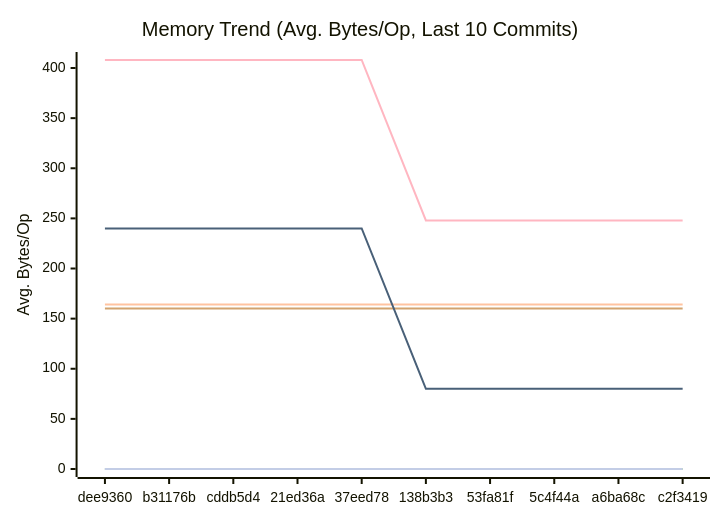
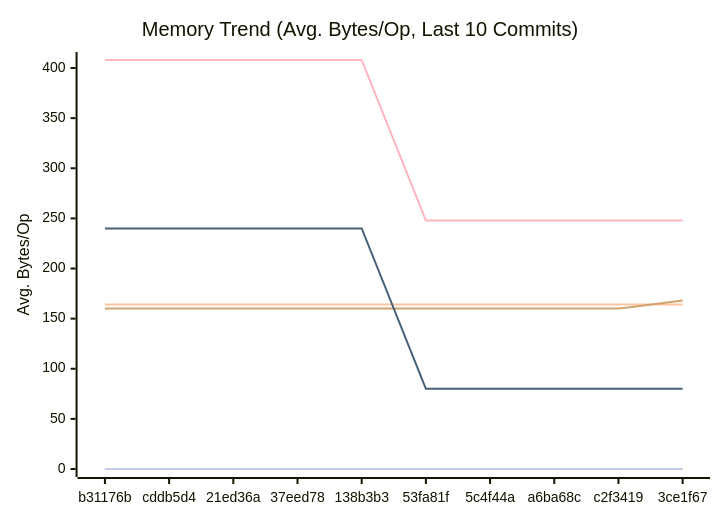
Before and after one commit to alsotoes/momo: the second of 3 diagrams in docs/PERFORMANCE.md, drawn with Mermaid. The commit also changed other lines of this file and 20 other files, not shown here.

````diff
--- a/docs/PERFORMANCE.md
+++ b/docs/PERFORMANCE.md
@@ -97,16 +99,16 @@
 ```mermaid
 xychart-beta
     title "Memory Trend (Avg. Bytes/Op, Last 10 Commits)"
     x-axis "Commit"
     y-axis "Avg. Bytes/Op"
-    x-axis [dee9360,b31176b,cddb5d4,21ed36a,37eed78,138b3b3,53fa81f,5c4f44a,a6ba68c,c2f3419]
+    x-axis [b31176b,cddb5d4,21ed36a,37eed78,138b3b3,53fa81f,5c4f44a,a6ba68c,c2f3419,3ce1f67]
     line "CheckMetricsAndSwap" [0,0,0,0,0,0,0,0,0,0]
     line "CrushOptimized" [0,0,0,0,0,0,0,0,0,0]
     line "CrushOriginal" [164,164,164,164,164,164,164,164,164,164]
     line "IndexDirectTracking" [0,0,0,0,0,0,0,0,0,0]
     line "IndexSearch" [0,0,0,0,0,0,0,0,0,0]
-    line "LoadGlobalConfig" [160,160,160,160,160,160,160,160,160,160]
+    line "LoadGlobalConfig" [160,160,160,160,160,160,160,160,160,168]
     line "PadString" [0,0,0,0,0,0,0,0,0,0]
     line "ParseReplicationOrder_NoPrealloc" [408,408,408,408,408,248,248,248,248,248]
     line "ParseReplicationOrder_Prealloc" [240,240,240,240,240,80,80,80,80,80]
 ```
````
